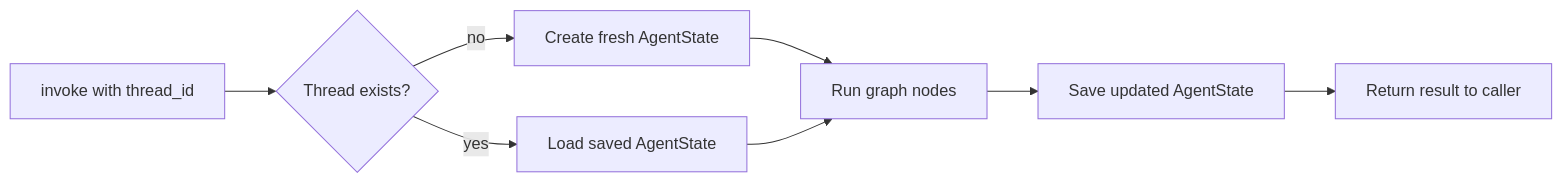
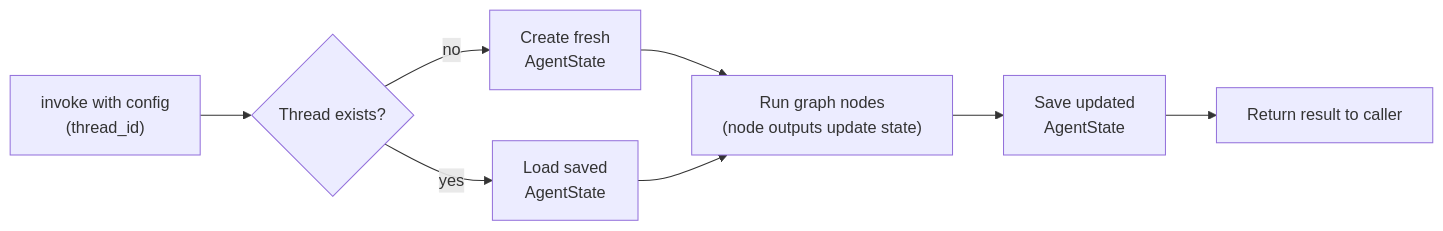
The diagram in src/content/docs/concepts/checkpointing-and-threads.md (10xHub/agentflow-docs), drawn with Mermaid before and after one commit. The commit also changed other lines of this file and 394 other files, not shown here.

````diff
--- a/src/content/docs/concepts/checkpointing-and-threads.md
+++ b/src/content/docs/concepts/checkpointing-and-threads.md
@@ -27,10 +35,10 @@
 ```mermaid
 flowchart LR
-  NewCall[invoke with thread_id] --> Check{Thread exists?}
-  Check -->|no| CreateState[Create fresh AgentState]
-  Check -->|yes| LoadState[Load saved AgentState]
-  CreateState --> RunGraph[Run graph nodes]
+  NewCall["invoke with config<br/>(thread_id)"] --> Check{Thread exists?}
+  Check -->|no| CreateState["Create fresh<br/>AgentState"]
+  Check -->|yes| LoadState["Load saved<br/>AgentState"]
+  CreateState --> RunGraph["Run graph nodes<br/>(node outputs update state)"]
   LoadState --> RunGraph
-  RunGraph --> SaveState[Save updated AgentState]
-  SaveState --> Return[Return result to caller]
+  RunGraph --> SaveState["Save updated<br/>AgentState"]
+  SaveState --> Return["Return result to caller"]
 ```
````
